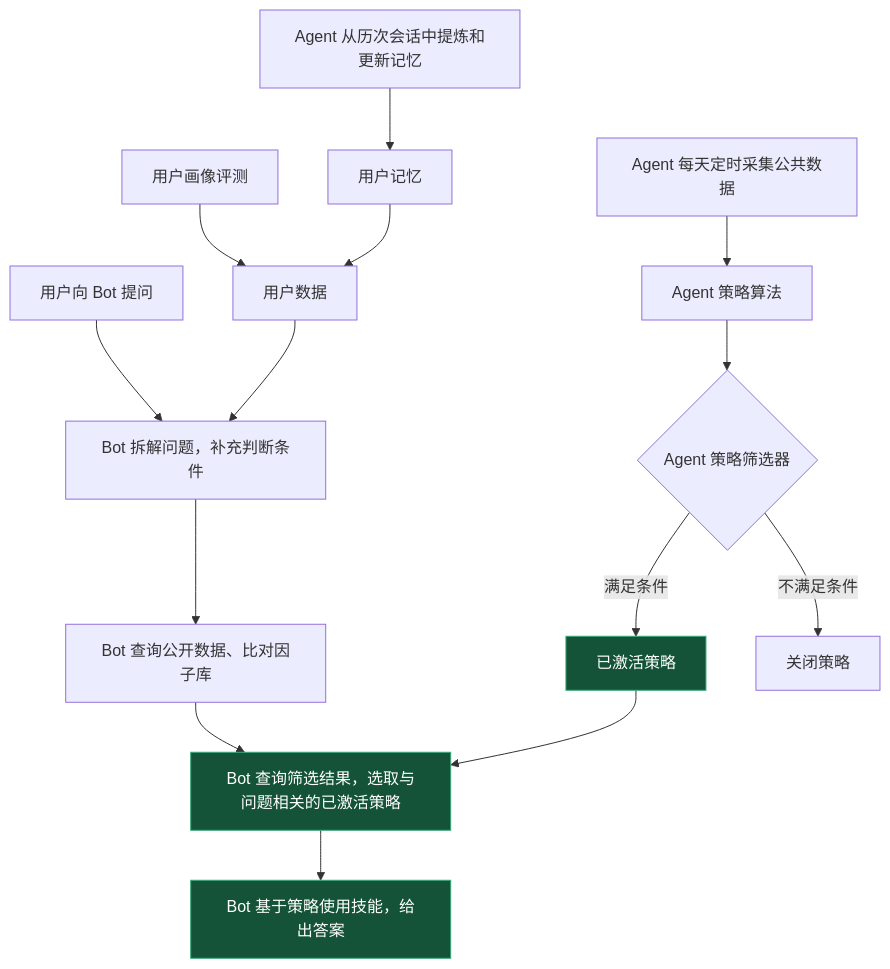
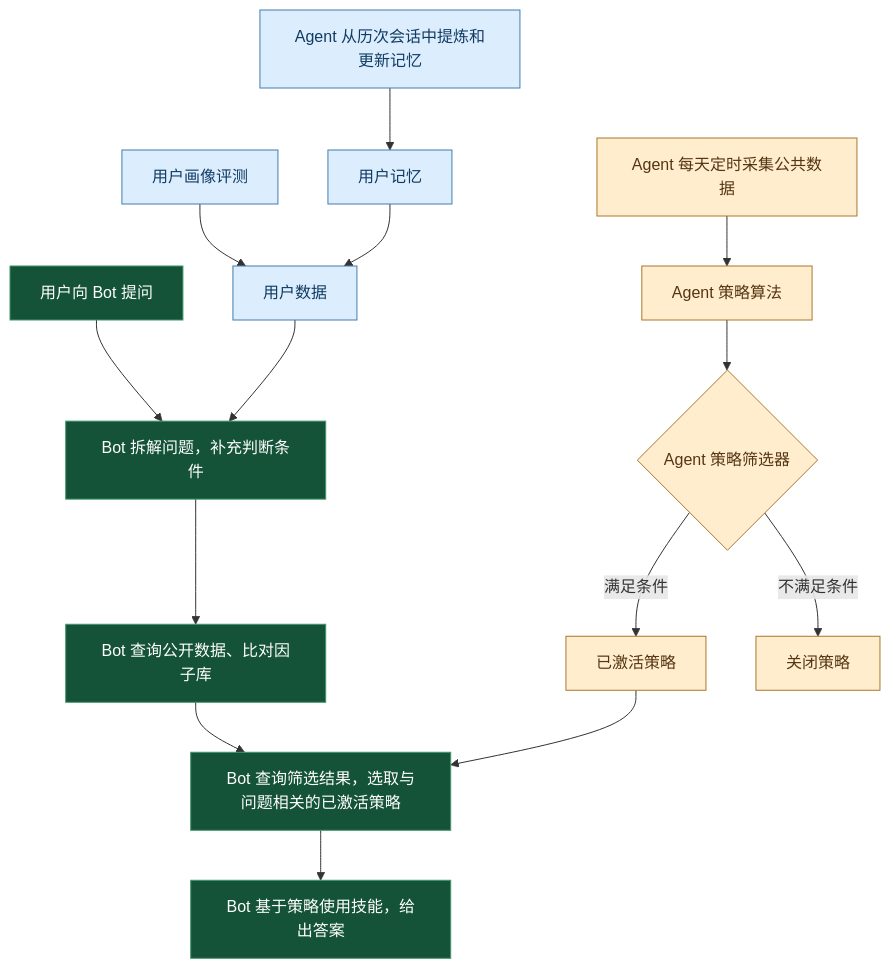
The second of 2 diagrams in README.md (xionglaoshi/chives), drawn with Mermaid before and after one commit. The commit also changed other lines of this file and 5 other files, not shown here.

Commit message:
注册跨平台 chives 启停命令并更新使用说明和策略流程图

````diff
--- a/README.md
+++ b/README.md
@@ -40,16 +42,20 @@
 ```mermaid
 flowchart TB
     ask["用户向 Bot 提问"] --> clarify["Bot 拆解问题，补充判断条件"]
     survey["用户画像评测"] --> user["用户数据"]
     learn["Agent 从历次会话中提炼和更新记忆"] --> memory["用户记忆"] --> user
     user --> clarify
     clarify --> lookup["Bot 查询公开数据、比对因子库"]
     lookup --> choose["Bot 查询筛选结果，选取与问题相关的已激活策略"]
     daily["Agent 每天定时采集公共数据"] --> algo["Agent 策略算法"] --> gate{"Agent 策略筛选器"}
     gate -->|满足条件| active["已激活策略"]
     gate -->|不满足条件| closed["关闭策略"]
     active --> choose
     choose --> reply["Bot 基于策略使用技能，给出答案"]
-    classDef activeNode fill:#145337,color:#fff,stroke:#38a879
-    class active,choose,reply activeNode
+    classDef question fill:#145337,color:#ffffff,stroke:#3e966a
+    classDef profile fill:#dceefe,color:#123b62,stroke:#437daf
+    classDef strategy fill:#ffedce,color:#553511,stroke:#aa772c
+    class ask,clarify,lookup,choose,reply question
+    class survey,learn,memory,user profile
+    class daily,algo,gate,active,closed strategy
 ```
````
